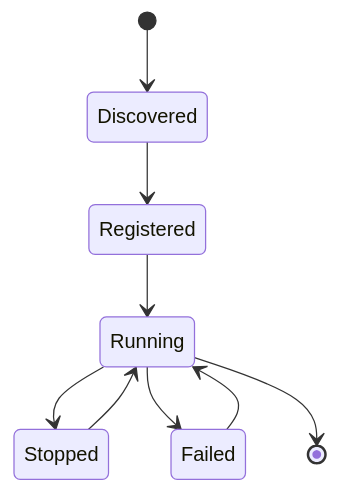
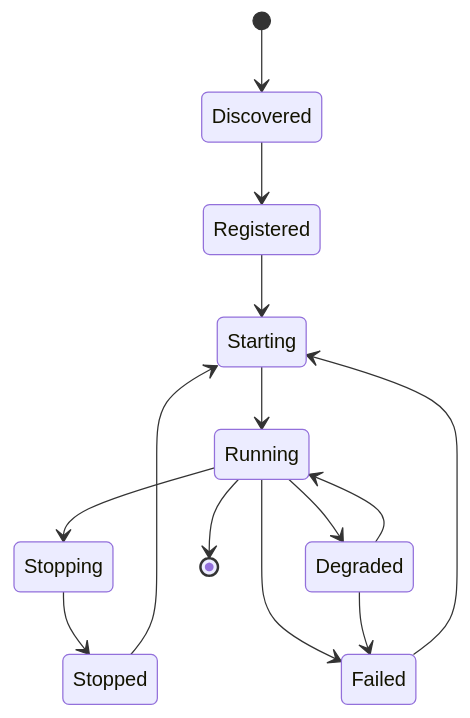
Before and after one commit to dannguy1/OPMAS: the sixth of 12 diagrams in docs/specifications/OPMAS-Agent-Management-DS.md, drawn with Mermaid. The commit also changed other lines of this file and 3 other files, not shown here.

````diff
--- a/docs/specifications/OPMAS-Agent-Management-DS.md
+++ b/docs/specifications/OPMAS-Agent-Management-DS.md
@@ -353,11 +354,16 @@
 ```mermaid
 stateDiagram-v2
     [*] --> Discovered
     Discovered --> Registered
-    Registered --> Running
-    Running --> Stopped
-    Stopped --> Running
+    Registered --> Starting
+    Starting --> Running
+    Running --> Stopping
+    Stopping --> Stopped
+    Stopped --> Starting
     Running --> Failed
-    Failed --> Running
+    Failed --> Starting
+    Running --> Degraded
+    Degraded --> Running
+    Degraded --> Failed
     Running --> [*]
 ```
````
